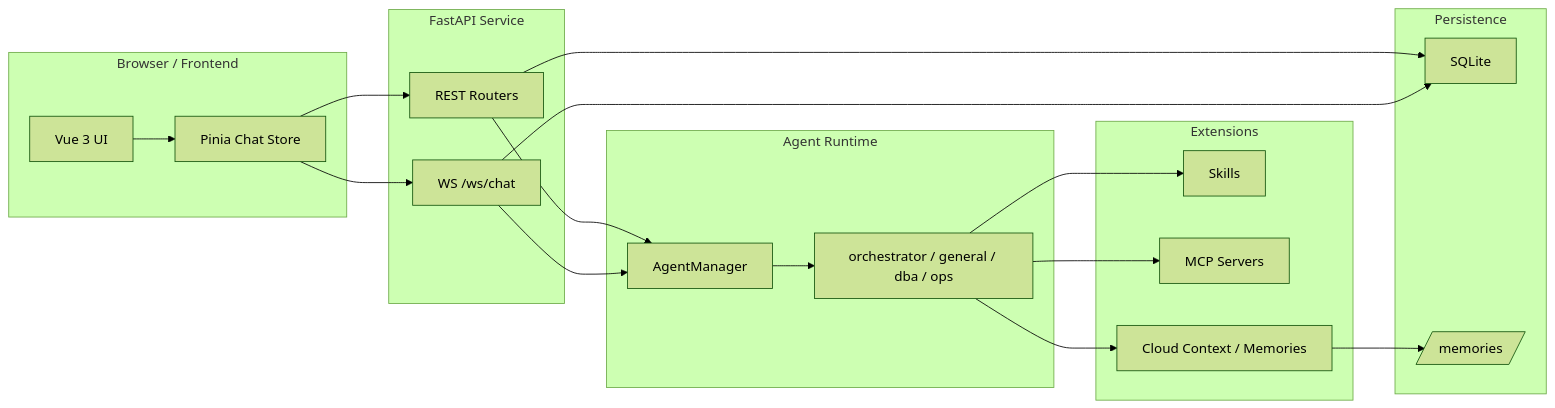
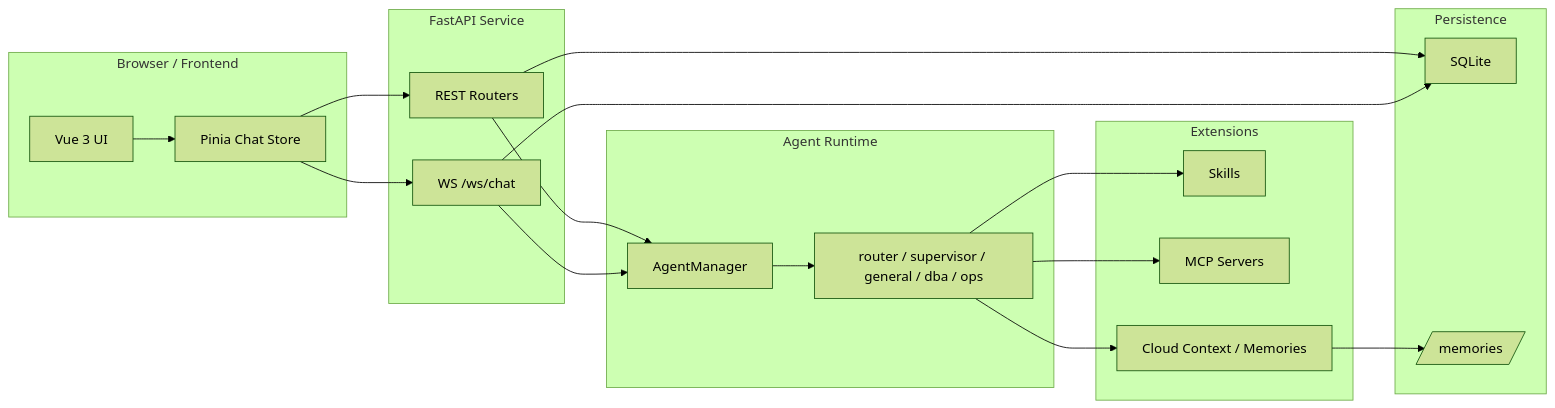
The fourth of 5 diagrams in README.md (pycjava/ops-skills-agent-demo), drawn with Mermaid (forest theme) before and after one commit. The commit also changed other lines of this file and 26 other files, not shown here.

````diff
--- a/README.md
+++ b/README.md
@@ -273,41 +281,41 @@
 ```mermaid
 flowchart LR
     subgraph Browser[Browser / Frontend]
         A[Vue 3 UI]
         B[Pinia Chat Store]
     end
 
     subgraph FastAPI[FastAPI Service]
         C[REST Routers]
         D[WS /ws/chat]
     end
 
     subgraph Runtime[Agent Runtime]
         E[AgentManager]
-        F[orchestrator / general / dba / ops]
+        F[router / supervisor / general / dba / ops]
     end
 
     subgraph Extensions[Extensions]
         G[Skills]
         H[MCP Servers]
         I[Cloud Context / Memories]
     end
 
     subgraph Data[Persistence]
         J[SQLite]
         K[/memories/]
     end
 
     A --> B
     B --> C
     B --> D
     C --> E
     D --> E
     E --> F
     F --> G
     F --> H
     F --> I
     C --> J
     D --> J
     I --> K
 ```
````
